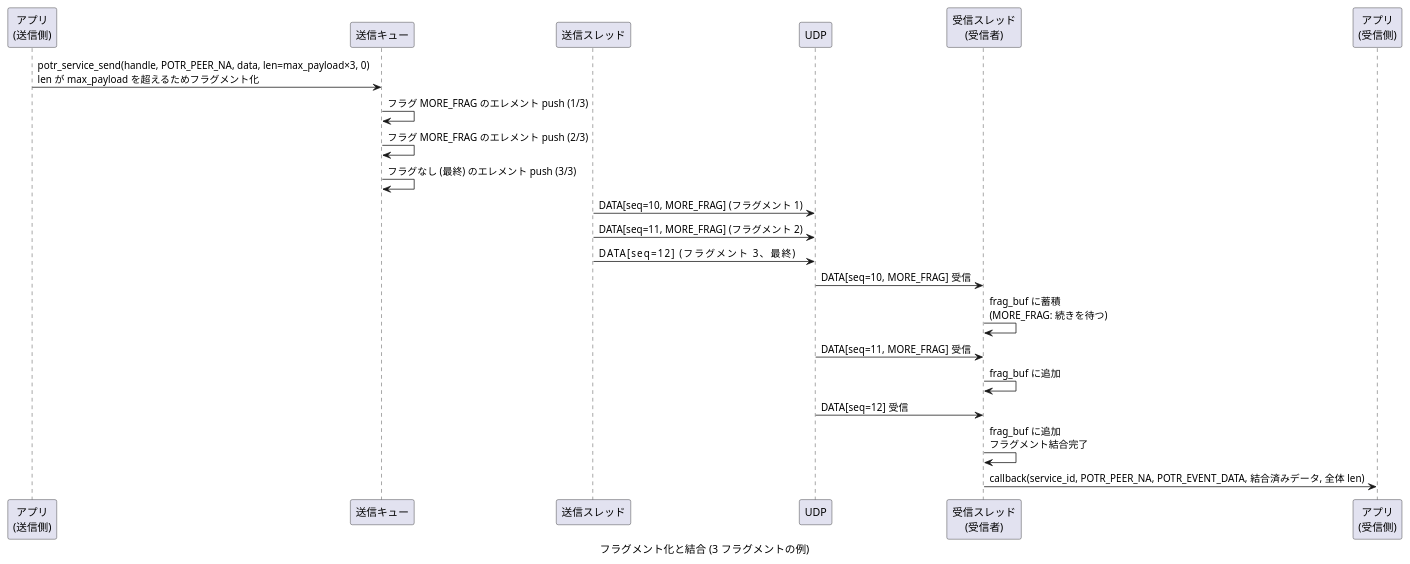
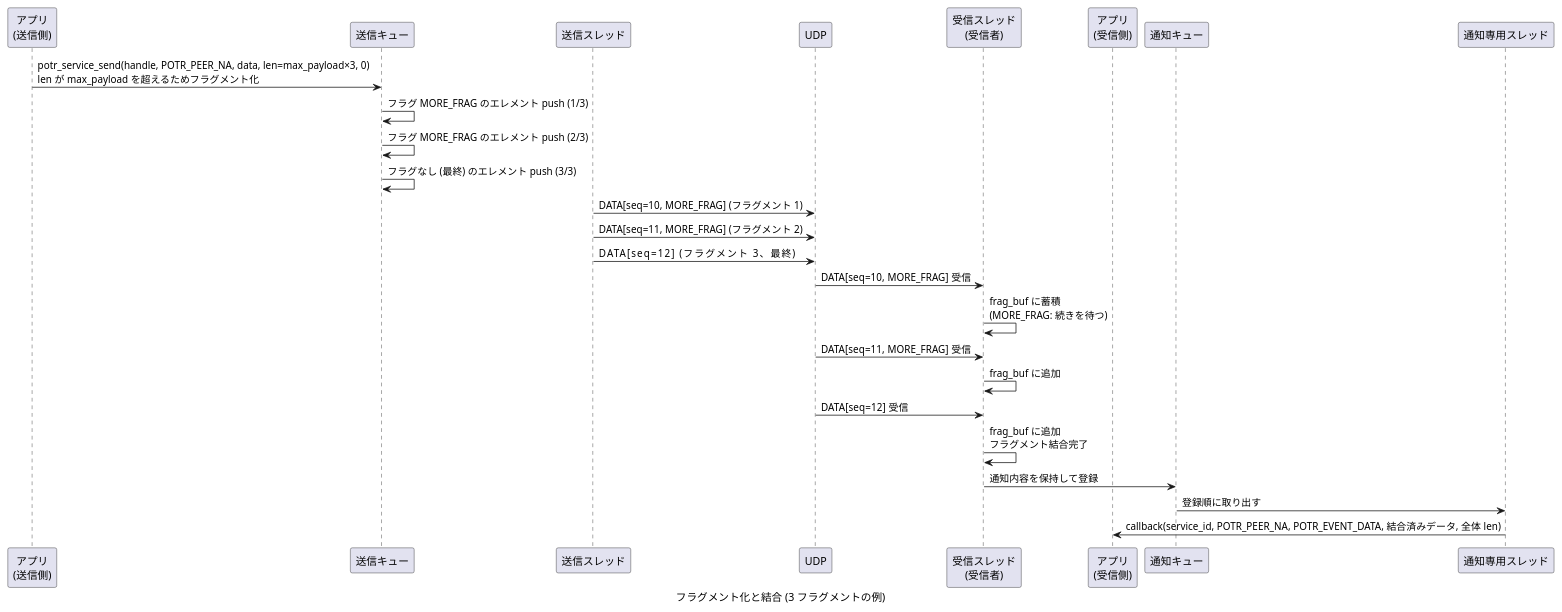
One commit to Hondarer/app_porter changed the third of 10 diagrams in docs/sequence-data.md. Above: the diagram before and after it, drawn with PlantUML. The commit also changed other lines of this file and 52 other files, not shown here.

````diff
--- a/docs/sequence-data.md
+++ b/docs/sequence-data.md
@@ -80,34 +88,40 @@
 ```plantuml
 @startuml フラグメント化と結合 (3 フラグメントの例)
 caption フラグメント化と結合 (3 フラグメントの例)
 
 participant "アプリ\n(送信側)" as SAPP
 participant "送信キュー" as Q
 participant "送信スレッド" as ST
 participant "UDP" as UDP
 participant "受信スレッド\n(受信者)" as RRT
 participant "アプリ\n(受信側)" as RAPP
+participant "通知キュー" as NQ
+participant "通知専用スレッド" as NT
 
 SAPP -> Q: potr_service_send(handle, POTR_PEER_NA, data, len=max_payload×3, 0)\nlen が max_payload を超えるためフラグメント化
 
 Q -> Q: フラグ MORE_FRAG のエレメント push (1/3)
 Q -> Q: フラグ MORE_FRAG のエレメント push (2/3)
 Q -> Q: フラグなし (最終) のエレメント push (3/3)
 
 ST -> UDP: DATA[seq=10, MORE_FRAG] (フラグメント 1)
 ST -> UDP: DATA[seq=11, MORE_FRAG] (フラグメント 2)
 ST -> UDP: DATA[seq=12]           (フラグメント 3、最終)
 
 UDP -> RRT: DATA[seq=10, MORE_FRAG] 受信
 RRT -> RRT: frag_buf に蓄積\n(MORE_FRAG: 続きを待つ)
 
 UDP -> RRT: DATA[seq=11, MORE_FRAG] 受信
 RRT -> RRT: frag_buf に追加
 
 UDP -> RRT: DATA[seq=12] 受信
 RRT -> RRT: frag_buf に追加\nフラグメント結合完了
 
-RRT -> RAPP: callback(service_id, POTR_PEER_NA, POTR_EVENT_DATA, 結合済みデータ, 全体 len)
+RRT -> NQ: 通知内容を保持して登録
+
+NQ -> NT: 登録順に取り出す
+
+NT -> RAPP: callback(service_id, POTR_PEER_NA, POTR_EVENT_DATA, 結合済みデータ, 全体 len)
 
 @enduml
 ```
````
